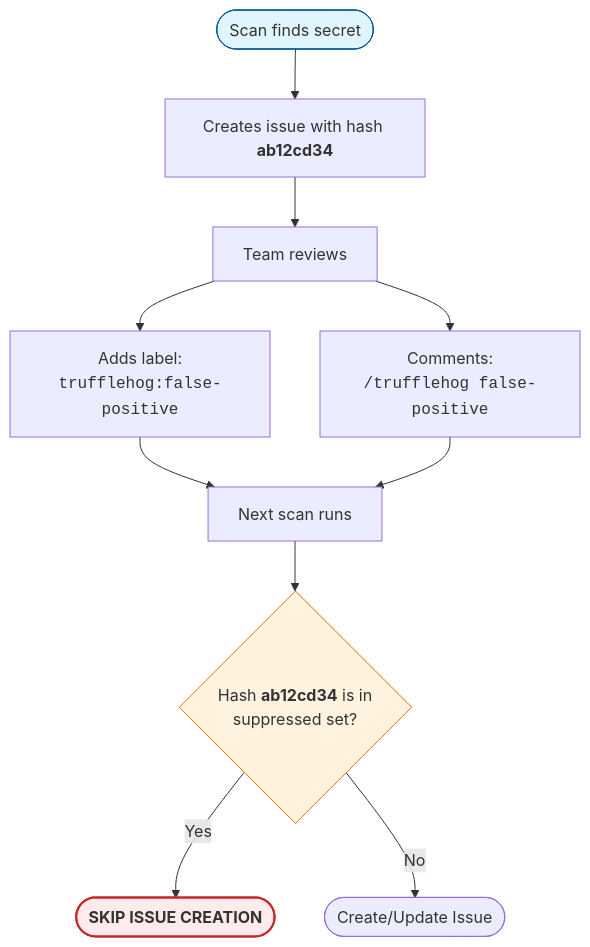
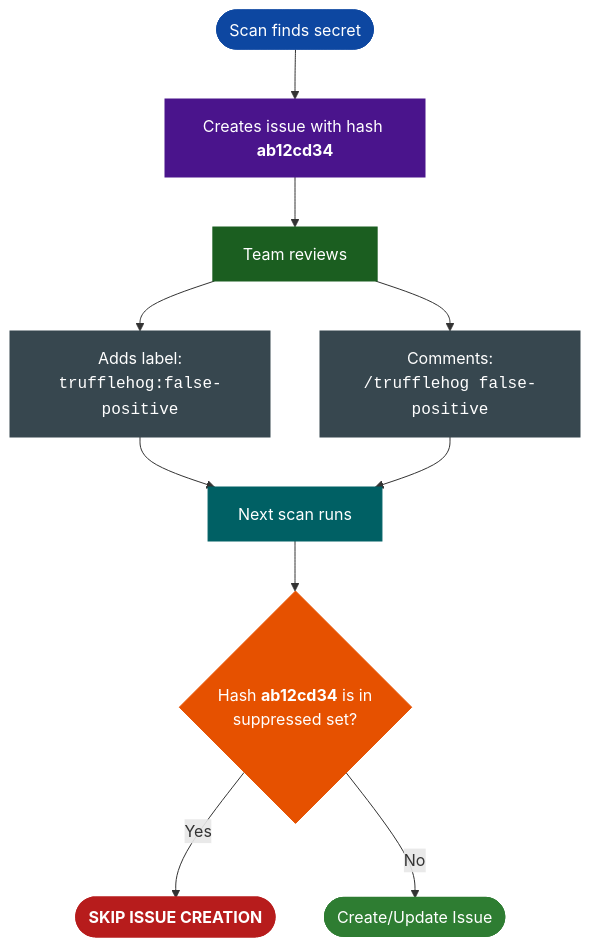
One commit to SpootyMcSpoot/trufflehogz changed the second of 2 diagrams in README.md. Above: the diagram before and after it, drawn with Mermaid. The commit also changed other lines of this file, not shown here.

Commit message:
Update Mermaid chart colors for better contrast and vibrancy

````diff
--- a/README.md
+++ b/README.md
@@ -263,19 +266,25 @@
 ```mermaid
 flowchart TD
     Scan([Scan finds secret]) --> Issue[Creates issue with hash <b>ab12cd34</b>]
     Issue --> Review[Team reviews]
     
     Review --> Label[Adds label:<br/><code>trufflehog:false-positive</code>]
     Review --> Comment[Comments:<br/><code>/trufflehog false-positive</code>]
     
     Label --> NextScan[Next scan runs]
     Comment --> NextScan
     
     NextScan --> Suppressed{Hash <b>ab12cd34</b> is in<br/>suppressed set?}
     Suppressed -->|Yes| Skip([<b>SKIP ISSUE CREATION</b>])
     Suppressed -->|No| Create([Create/Update Issue])
 
-    style Scan fill:#e1f5fe,stroke:#01579b
-    style Skip fill:#ffebee,stroke:#c62828,stroke-width:2px
-    style Suppressed fill:#fff3e0,stroke:#ef6c00
+    style Scan fill:#0d47a1,stroke:#0d47a1,color:#fff
+    style Issue fill:#4a148c,stroke:#4a148c,color:#fff
+    style Review fill:#1b5e20,stroke:#1b5e20,color:#fff
+    style Label fill:#37474f,stroke:#37474f,color:#fff
+    style Comment fill:#37474f,stroke:#37474f,color:#fff
+    style NextScan fill:#006064,stroke:#006064,color:#fff
+    style Suppressed fill:#e65100,stroke:#e65100,color:#fff
+    style Skip fill:#b71c1c,stroke:#b71c1c,color:#fff,stroke-width:2px
+    style Create fill:#2e7d32,stroke:#2e7d32,color:#fff
 ```
````
